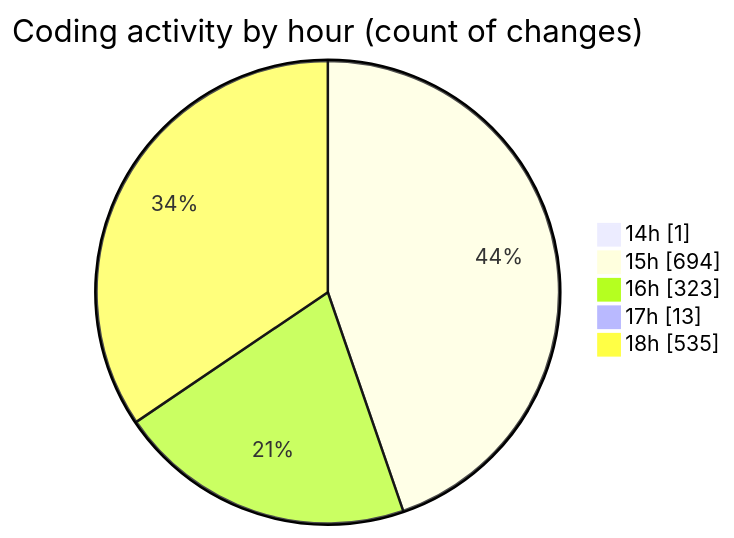
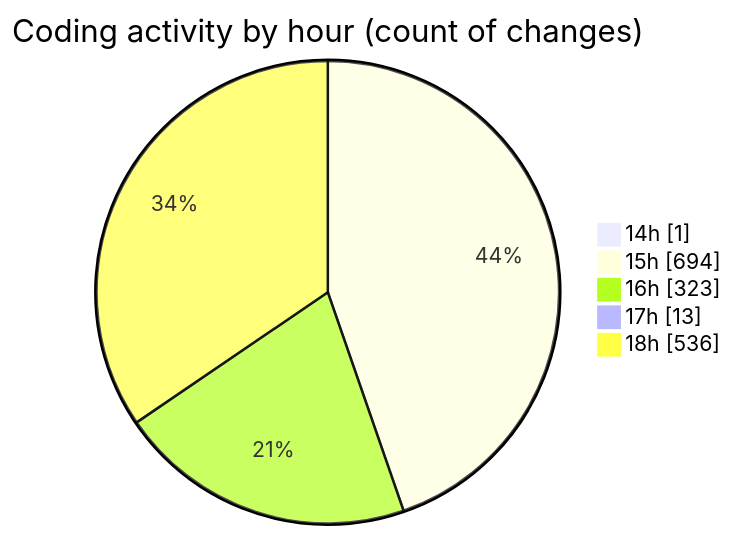
One commit to nxtqubesakshisongat/code-tracking changed the second of 2 diagrams in 2025-04-10/nxtqube_webapp/README.md. Above: the diagram before and after it, drawn with Mermaid. The commit also changed other lines of this file and 1 other file, not shown here.

````diff
--- a/2025-04-10/nxtqube_webapp/README.md
+++ b/2025-04-10/nxtqube_webapp/README.md
@@ -36,9 +36,9 @@
 ```mermaid
 pie showData
 title Coding activity by hour (count of changes)
 "14h" : 1
 "15h" : 694
 "16h" : 323
 "17h" : 13
-"18h" : 535
+"18h" : 536
 ```
````
